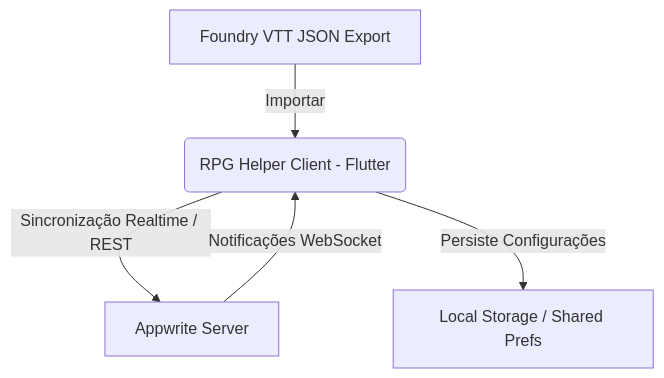
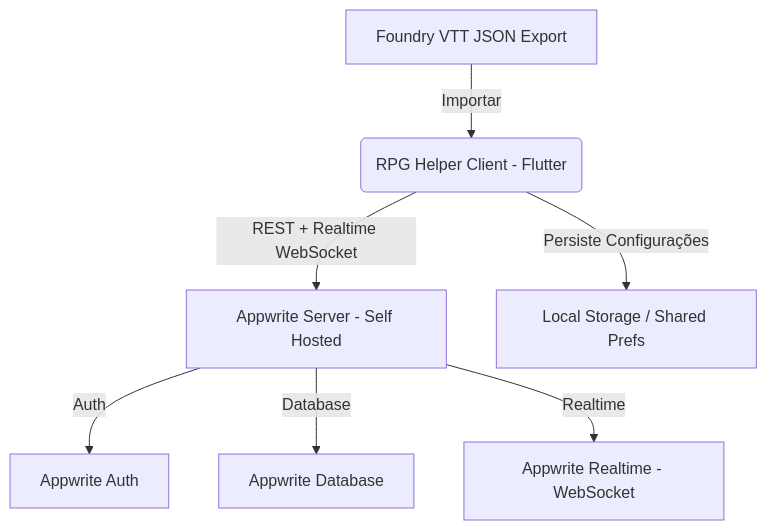
The first of 2 diagrams in docs/prd.md (egionCode/ilithid.rpg), drawn with Mermaid before and after one commit. The commit also changed other lines of this file and 49 other files, not shown here.

````diff
--- a/docs/prd.md
+++ b/docs/prd.md
@@ -22,7 +25,9 @@
 ```mermaid
 graph TD
     A[Foundry VTT JSON Export] -->|Importar| B(RPG Helper Client - Flutter)
-    B -->|Sincronização Realtime / REST| C[Appwrite Server]
-    C -->|Notificações WebSocket| B
-    B -->|Persiste Configurações| D[Local Storage / Shared Prefs]
+    B -->|REST + Realtime WebSocket| C[Appwrite Server - Self Hosted]
+    C -->|Auth| D[Appwrite Auth]
+    C -->|Database| E[Appwrite Database]
+    C -->|Realtime| F[Appwrite Realtime - WebSocket]
+    B -->|Persiste Configurações| G[Local Storage / Shared Prefs]
 ```
````
